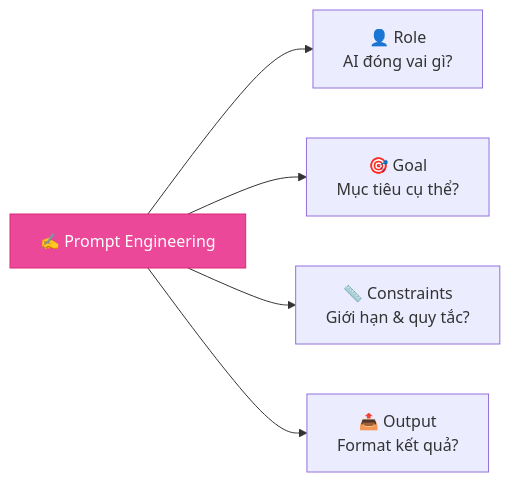
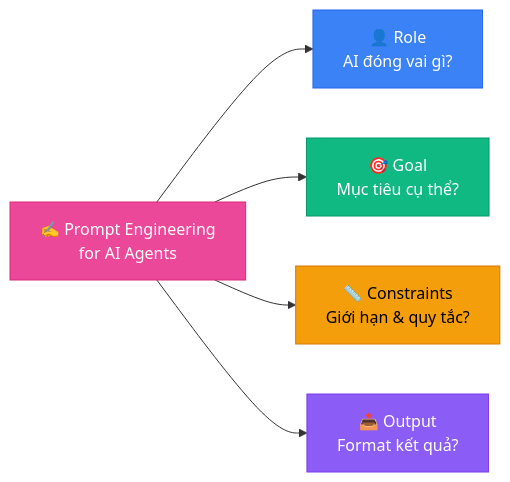
One commit to thanhmati/antigravity-vibe-coding-course changed the diagram in docs/section-03-prompt-engineering/README.md. Above: the diagram before and after it, drawn with Mermaid. The commit also changed other lines of this file and 11 other files, not shown here.

Commit message:
feat: add and refactor prompt engineering module lessons and update documentation accordingly

````diff
--- a/docs/section-03-prompt-engineering/README.md
+++ b/docs/section-03-prompt-engineering/README.md
@@ -38,10 +41,14 @@
 ```mermaid
 graph LR
-    P["✍️ Prompt Engineering"]
-    P --> R["👤 Role\nAI đóng vai gì?"]
-    P --> G["🎯 Goal\nMục tiêu cụ thể?"]
-    P --> C["📏 Constraints\nGiới hạn & quy tắc?"]
-    P --> O["📤 Output\nFormat kết quả?"]
+    P["✍️ Prompt Engineering<br/>for AI Agents"]
+    P --> R["👤 Role<br/>AI đóng vai gì?"]
+    P --> G["🎯 Goal<br/>Mục tiêu cụ thể?"]
+    P --> C["📏 Constraints<br/>Giới hạn & quy tắc?"]
+    P --> O["📤 Output<br/>Format kết quả?"]
 
     style P fill:#ec4899,stroke:#db2777,color:#fff
+    style R fill:#3b82f6,stroke:#2563eb,color:#fff
+    style G fill:#10b981,stroke:#059669,color:#fff
+    style C fill:#f59e0b,stroke:#d97706,color:#000
+    style O fill:#8b5cf6,stroke:#7c3aed,color:#fff
 ```
````
